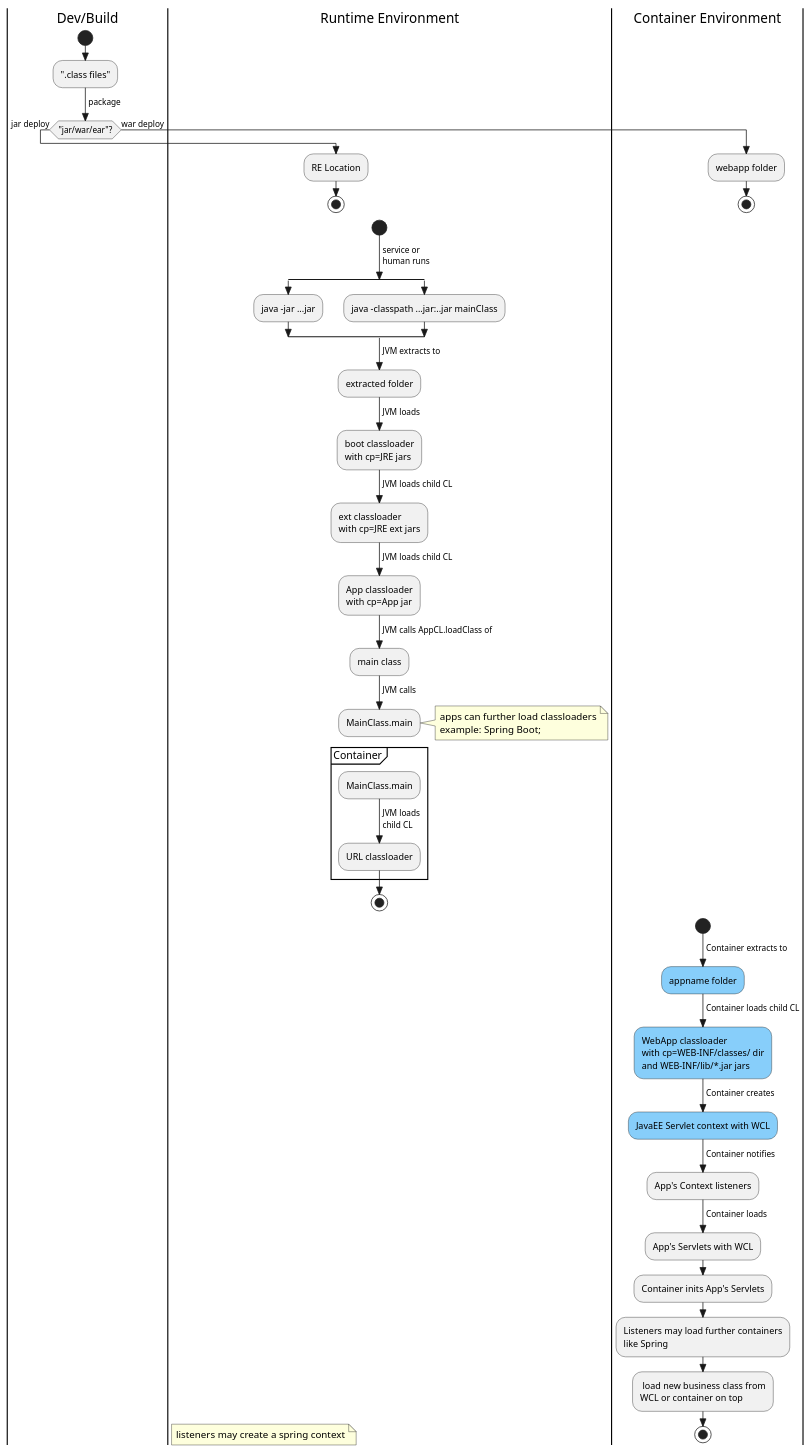
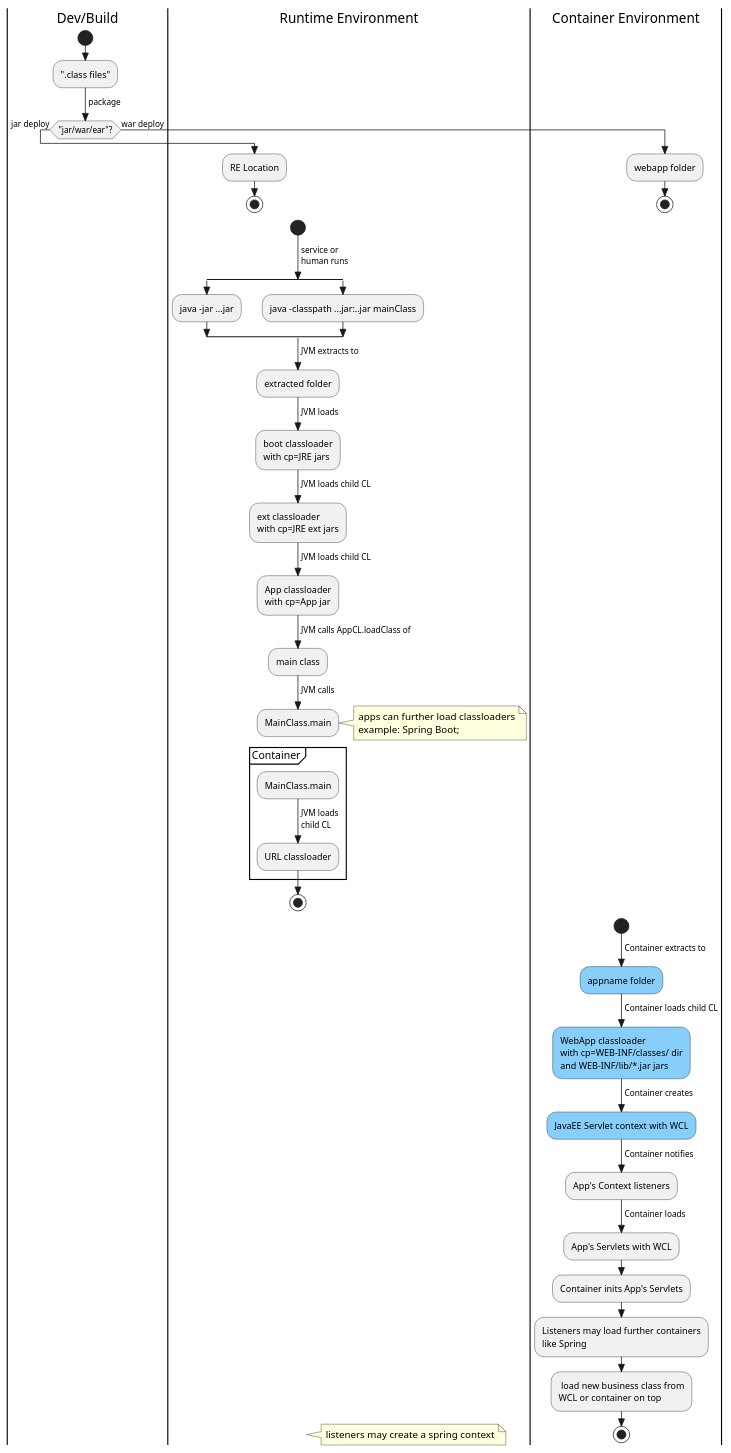
One commit to pchethan/diys changed the diagram in diys/diagrams/bootstrapwithcl.plantuml. Above: the diagram before and after it, drawn with PlantUML. The commit also changed 1 other file, not shown here.

```diff
--- a/diys/diagrams/bootstrapwithcl.plantuml
+++ b/diys/diagrams/bootstrapwithcl.plantuml
@@ -1,88 +1,88 @@
 @startuml
 skinparam style strictuml
 skinparam defaultFontName Arial
 
 |Dev/Build|
 start
 :".class files";
 -> package;
 if ("jar/war/ear"?) equals (jar) then
 ->jar deploy;
 |Runtime Environment|
 :RE Location;
 stop
 else
 ->war deploy;
 |Container Environment|
 :webapp folder;
 stop
 endif
 
 
 |Runtime Environment|
 start
 -> service or 
 human runs;
 split
 :java -jar ...jar;
 split again
 :java -classpath ...jar:..jar mainClass;
 end split
 ->JVM extracts to;
 :extracted folder;
 ->JVM loads;
 :boot classloader
 with cp=JRE jars;
 ->JVM loads child CL;
 :ext classloader 
 with cp=JRE ext jars;
 ->JVM loads child CL;
 :App classloader
 with cp=App jar;
 ->JVM calls AppCL.loadClass of;
 :main class;
 ->JVM calls;
 :MainClass.main;
 note right
 apps can further load classloaders
 example: Spring Boot;
 end note
 -[hidden]->
 
 partition Container {
 :MainClass.main;
 -> JVM loads 
 child CL;
 :URL classloader;
 }
 stop
 
 |Container Environment|
 start
 ->Container extracts to;
 #LightSkyBlue:appname folder;
 ->Container loads child CL;
 #LightSkyBlue:WebApp classloader
 with cp=WEB-INF/classes/ dir
 and WEB-INF/lib/*.jar jars;
 
 ->Container creates;
 #LightSkyBlue:JavaEE Servlet context with WCL;
 ->Container notifies;
 :App's Context listeners;
 ->Container loads;
 :App's Servlets with WCL;
 :Container inits App's Servlets;
 :Listeners may load further containers
 like Spring;
 : load new business class from 
 WCL or container on top;
 stop
 
 |Runtime Environment|
-floating note left
+note right
 listeners may create a spring context
 end note
 
 
 @enduml
```
